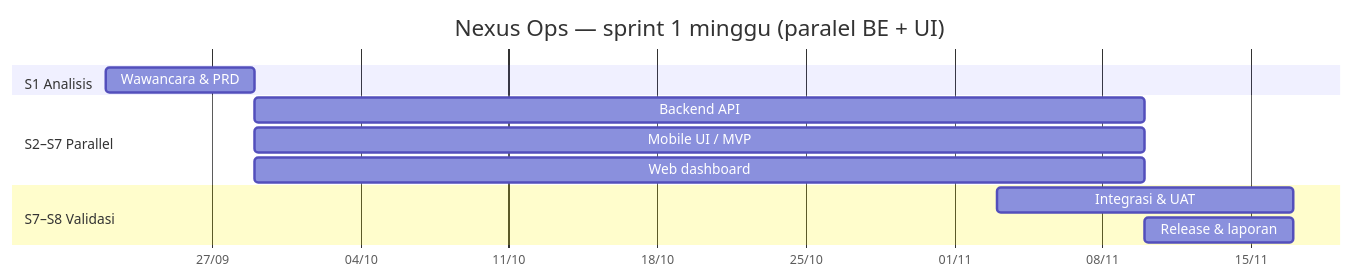
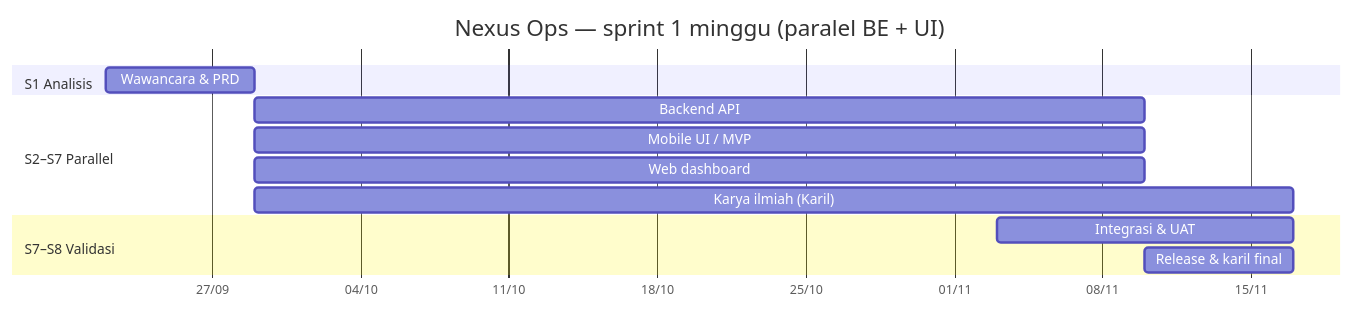
The second of 3 diagrams in docs/sdlc.md (Capstone-Project-Team-B-2026/docs), drawn with Mermaid before and after one commit. The commit also changed other lines of this file and 2 other files, not shown here.

First line of the commit message:
docs: map karya ilmiah (karil) Bab I–V to sprints for Atin

````diff
--- a/docs/sdlc.md
+++ b/docs/sdlc.md
@@ -134,18 +136,19 @@
 ```mermaid
 gantt
   title Nexus Ops — sprint 1 minggu (paralel BE + UI)
   dateFormat  YYYY-MM-DD
   axisFormat  %d/%m
 
   section S1 Analisis
   Wawancara & PRD                :a1, 2026-09-22, 7d
 
   section S2–S7 Parallel
   Backend API                    :b1, 2026-09-29, 42d
   Mobile UI / MVP                :m1, 2026-09-29, 42d
   Web dashboard                  :w1, 2026-09-29, 42d
+  Karya ilmiah (Karil)           :k1, 2026-09-29, 49d
 
   section S7–S8 Validasi
   Integrasi & UAT                :t1, 2026-11-03, 14d
-  Release & laporan              :r1, 2026-11-10, 7d
+  Release & karil final          :r1, 2026-11-10, 7d
 ```
````
